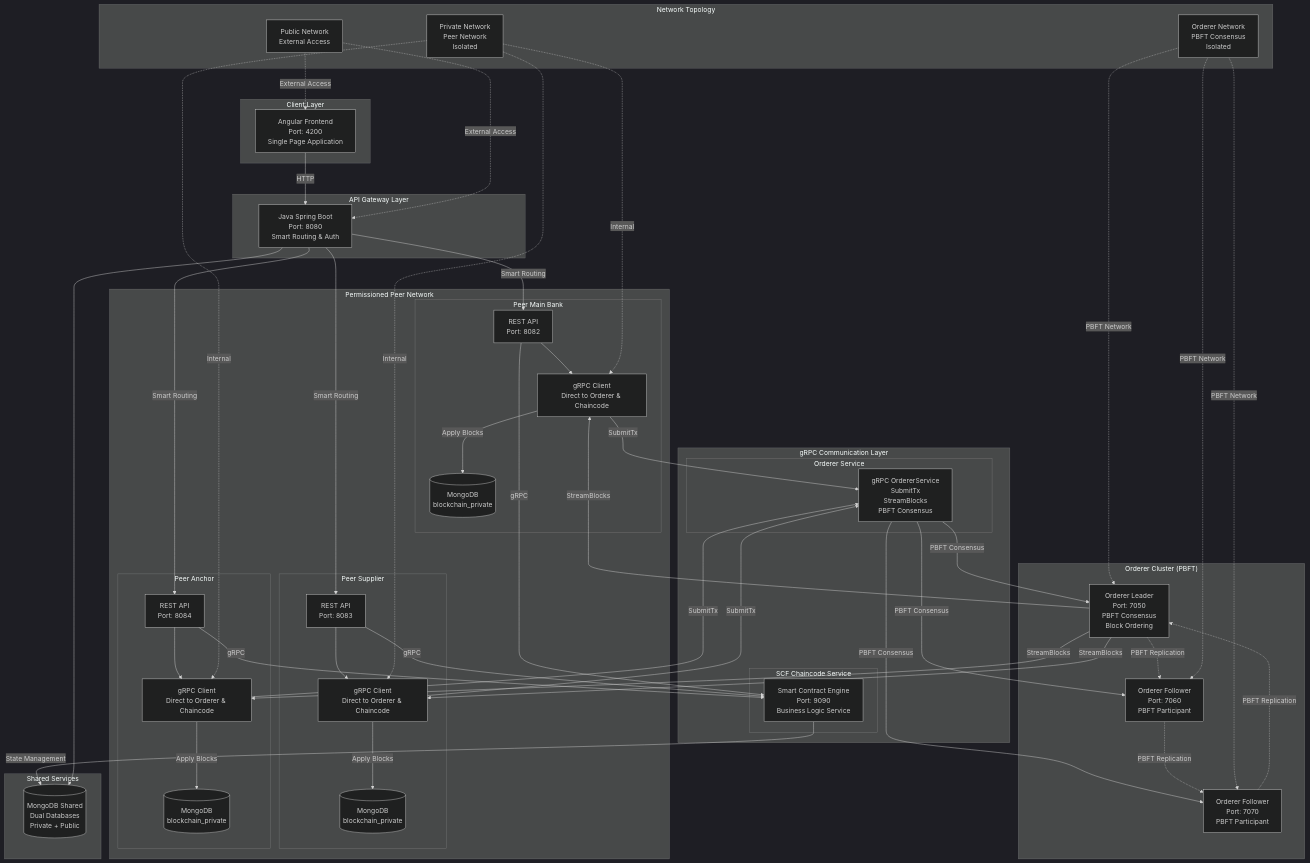
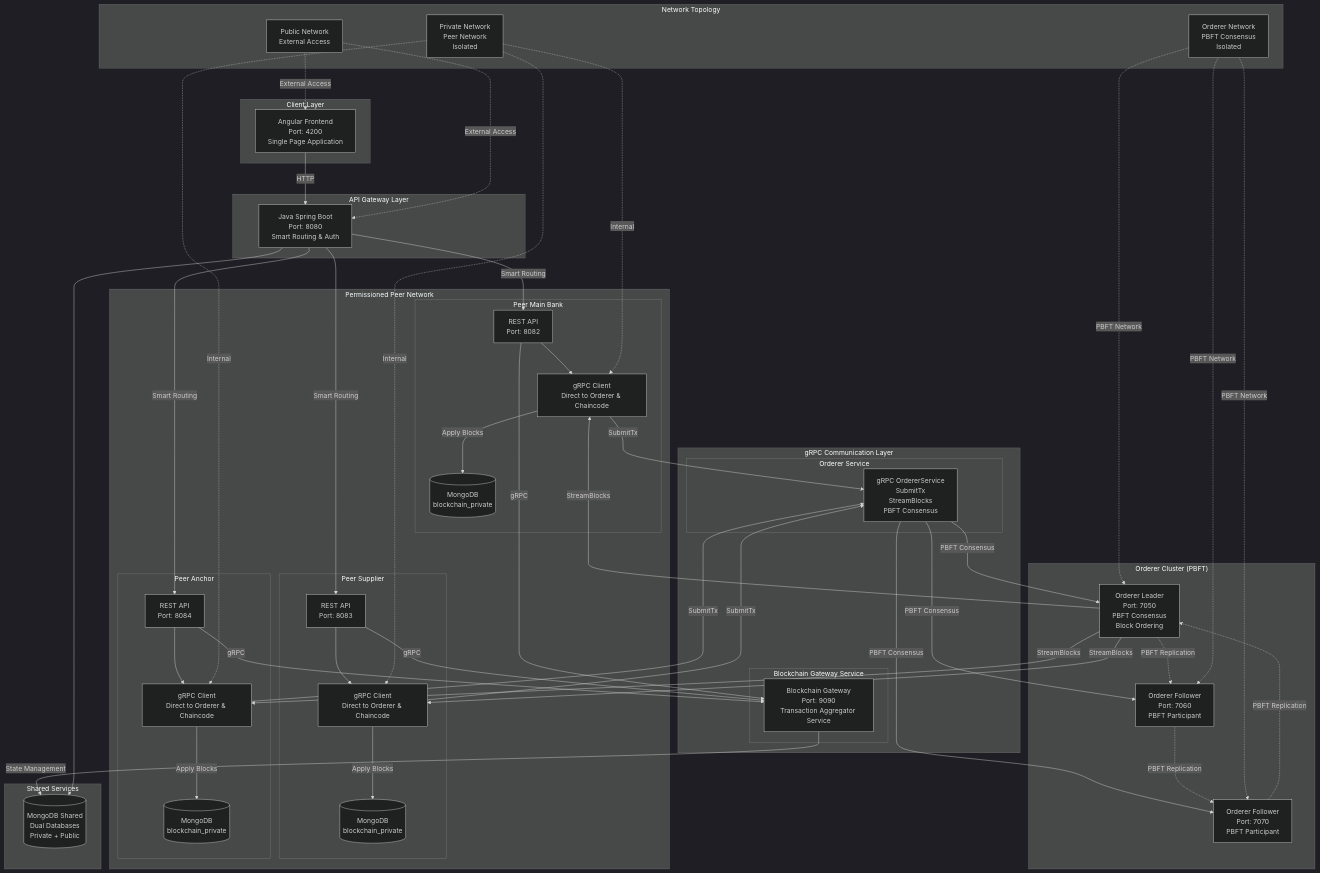
One commit to trunghc97/blockchain changed the first of 25 diagrams in System_Design_Document.md. Above: the diagram before and after it, drawn with Mermaid (dark theme). The commit also changed other lines of this file and 1 other file, not shown here.

```diff
--- a/System_Design_Document.md
+++ b/System_Design_Document.md
@@ -71,8 +81,8 @@
     end
 
     subgraph "gRPC Communication Layer"
-        subgraph "SCF Chaincode Service"
-            CHAINCODE[Smart Contract Engine<br/>Port: 9090<br/>Business Logic Service]
+        subgraph "Blockchain Gateway Service"
+            CHAINCODE[Blockchain Gateway<br/>Port: 9090<br/>Transaction Aggregator Service]
         end
 
         subgraph "Orderer Service"
```
